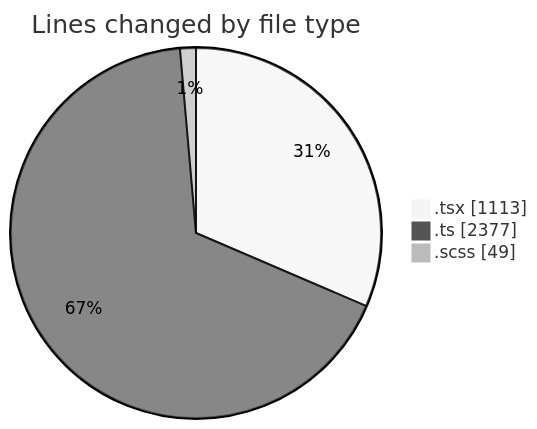
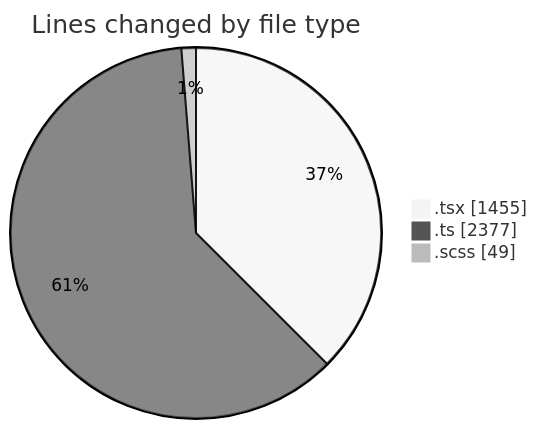
Before and after one commit to momahboobian/code-tracking: the first of 2 diagrams in 2026-10-14/cda/README.md, drawn with Mermaid (neutral theme). The commit also changed other lines of this file and 1 other file, not shown here.

````diff
--- a/2026-10-14/cda/README.md
+++ b/2026-10-14/cda/README.md
@@ -31,7 +31,7 @@
 ```mermaid
 pie showData
 title Lines changed by file type
-".tsx" : 1113
+".tsx" : 1455
 ".ts" : 2377
 ".scss" : 49
 ```
````
